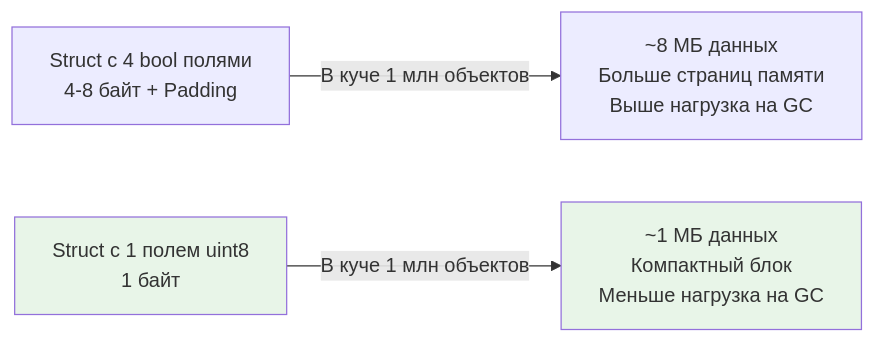
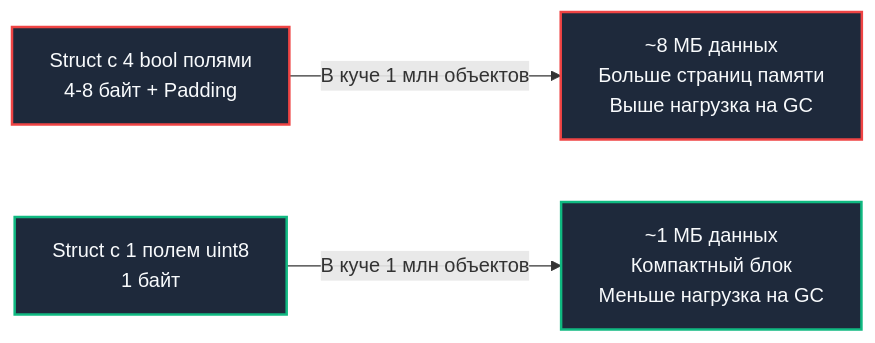
One commit to UnrealTemplier/go-textbook changed the diagram in sources/20. Алгоритмы и структуры данных (DSA) на Go/13. Численные и битовые алгоритмы/2. Bitmasking.md. Above: the diagram before and after it, drawn with Mermaid. The commit also changed other lines of this file, not shown here.

````diff
--- a/sources/20. Алгоритмы и структуры данных (DSA) на Go/13. Численные и битовые алгоритмы/2. Bitmasking.md
+++ b/sources/20. Алгоритмы и структуры данных (DSA) на Go/13. Численные и битовые алгоритмы/2. Bitmasking.md
@@ -119,11 +126,13 @@
 ```mermaid
 flowchart LR
-    struct_bool["Struct с 4 bool полями <br> 4-8 байт + Padding"]
-    struct_mask["Struct с 1 полем uint8 <br> 1 байт"]
+    struct_bool["Struct с 4 bool полями<br/>4-8 байт + Padding"]
+    struct_mask["Struct с 1 полем uint8<br/>1 байт"]
     
-    struct_bool -->|В куче 1 млн объектов| GC_Heavy["~8 МБ данных <br> Больше страниц памяти <br> Выше нагрузка на GC"]
-    struct_mask -->|В куче 1 млн объектов| GC_Light["~1 МБ данных <br> Компактный блок <br> Меньше нагрузка на GC"]
+    struct_bool -->|В куче 1 млн объектов| GC_Heavy["~8 МБ данных<br/>Больше страниц памяти<br/>Выше нагрузка на GC"]
+    struct_mask -->|В куче 1 млн объектов| GC_Light["~1 МБ данных<br/>Компактный блок<br/>Меньше нагрузка на GC"]
     
-    style struct_mask fill:#e8f5e8
-    style GC_Light fill:#e8f5e8
+    style struct_mask fill:#1e293b,stroke:#10b981,stroke-width:2px,color:#f8fafc
+    style GC_Light fill:#1e293b,stroke:#10b981,stroke-width:2px,color:#f8fafc
+    style struct_bool fill:#1e293b,stroke:#ef4444,stroke-width:2px,color:#f8fafc
+    style GC_Heavy fill:#1e293b,stroke:#ef4444,stroke-width:2px,color:#f8fafc
 ```
````
